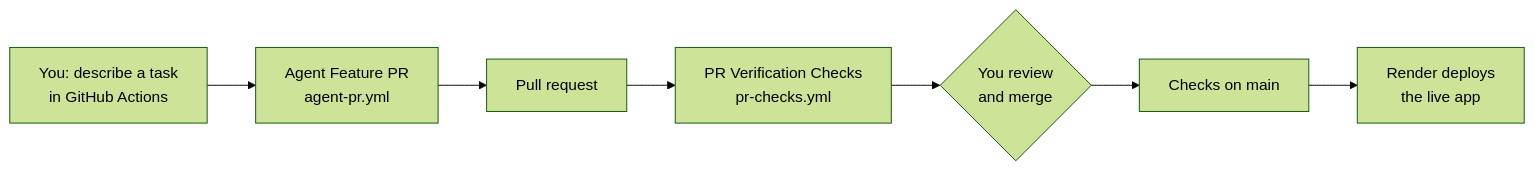
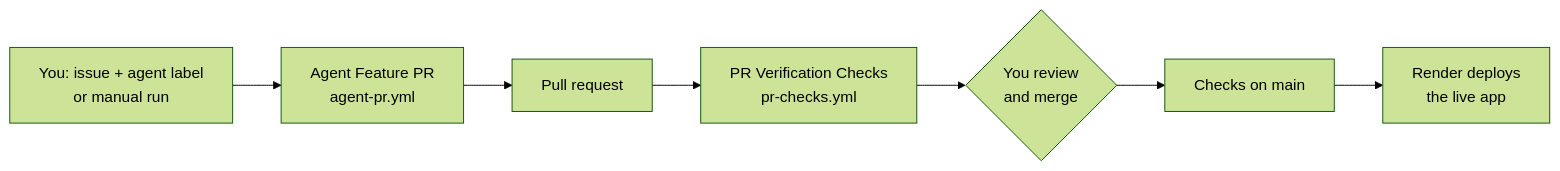
The diagram in README.md (bednpa/spotradar), drawn with Mermaid (forest theme) before and after one commit. The commit also changed other lines of this file and 4 other files, not shown here.

First line of the commit message:
feat(ci): start agent runs from issues with the "agent" label; always run E2E

````diff
--- a/README.md
+++ b/README.md
@@ -60,9 +60,9 @@
 ```mermaid
 flowchart LR
-    A[You: describe a task<br/>in GitHub Actions] --> B[Agent Feature PR<br/>agent-pr.yml]
+    A[You: issue + agent label<br/>or manual run] --> B[Agent Feature PR<br/>agent-pr.yml]
     B --> C[Pull request]
     C --> D[PR Verification Checks<br/>pr-checks.yml]
     D --> E{You review<br/>and merge}
     E --> F[Checks on main]
     F --> G[Render deploys<br/>the live app]
 ```
````
